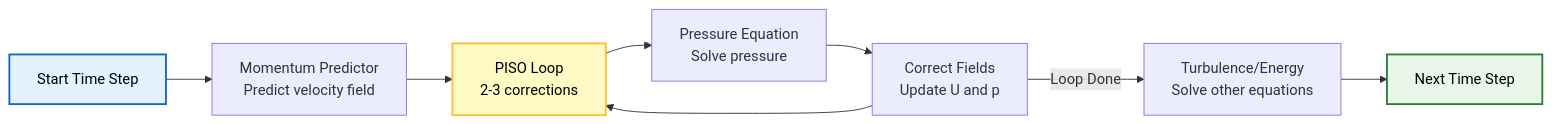
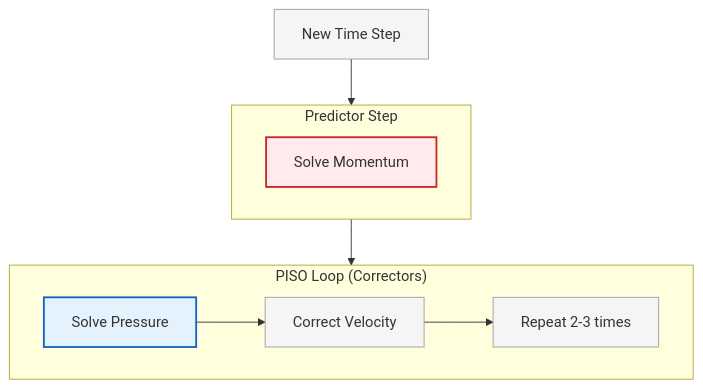
Before and after one commit to wramet/build-my-cfd: the fourth of 4 diagrams in MODULE_01_CFD_FUNDAMENTALS/CONTENT/02_FINITE_VOLUME_METHOD/06_OpenFOAM_Implementation.md, drawn with Mermaid. The commit also changed other lines of this file and 313 other files, not shown here.

Commit message:
Revise all diagram

````diff
--- a/MODULE_01_CFD_FUNDAMENTALS/CONTENT/02_FINITE_VOLUME_METHOD/06_OpenFOAM_Implementation.md
+++ b/MODULE_01_CFD_FUNDAMENTALS/CONTENT/02_FINITE_VOLUME_METHOD/06_OpenFOAM_Implementation.md
@@ -526,14 +524,24 @@
 ```mermaid
-graph LR
-    A["Start Time Step"] --> B["Momentum Predictor<br/>Predict velocity field"]
-    B --> C["PISO Loop<br/>2-3 corrections"]
-    C --> D["Pressure Equation<br/>Solve pressure"]
-    D --> E["Correct Fields<br/>Update U and p"]
-    E --> C
-    E -->|Loop Done| F["Turbulence/Energy<br/>Solve other equations"]
-    F --> G["Next Time Step"]
+graph TD
+%% PISO Loop
+TimeStep["New Time Step"]:::context
 
-    style A fill:#e3f2fd,stroke:#1565c0,stroke-width:2px,color:#000;
-    style G fill:#e8f5e9,stroke:#2e7d32,stroke-width:2px,color:#000;
-    style C fill:#fff9c4,stroke:#fbc02d,stroke-width:2px,color:#000;
+subgraph Predictor ["Predictor Step"]
+Mom["Solve Momentum"]:::explicit
+end
+
+subgraph PISO_Loop ["PISO Loop (Correctors)"]
+Press["Solve Pressure"]:::implicit
+Vel["Correct Velocity"]:::context
+Repeat["Repeat 2-3 times"]:::context
+Press --> Vel --> Repeat
+end
+
+TimeStep --> Predictor
+Predictor --> PISO_Loop
+
+%% Classes
+classDef implicit fill:#e3f2fd,stroke:#1565c0,stroke-width:2px;
+classDef explicit fill:#ffebee,stroke:#c62828,stroke-width:2px;
+classDef context fill:#f5f5f5,stroke:#9e9e9e,stroke-width:1px;
 ```
````
